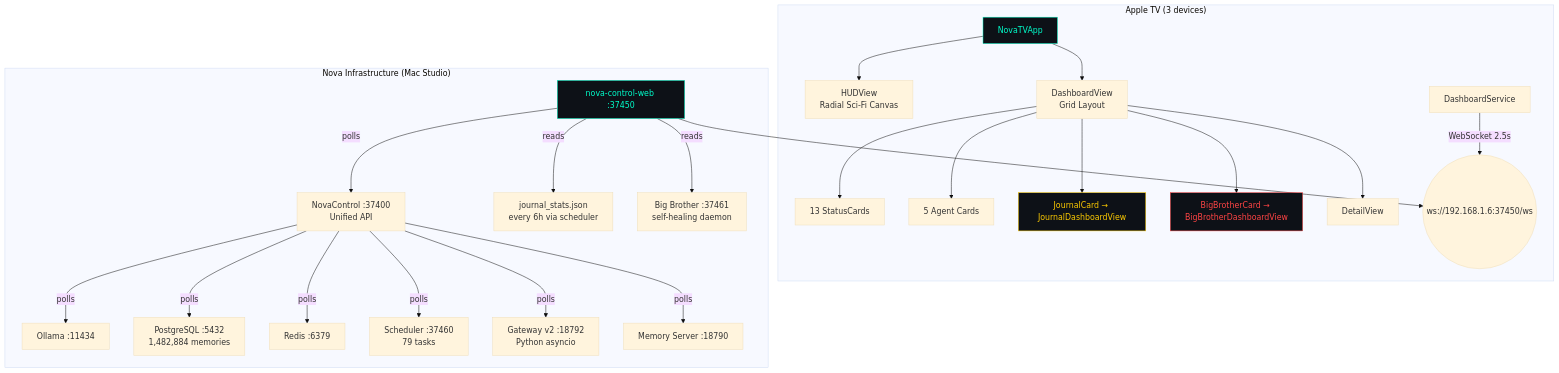
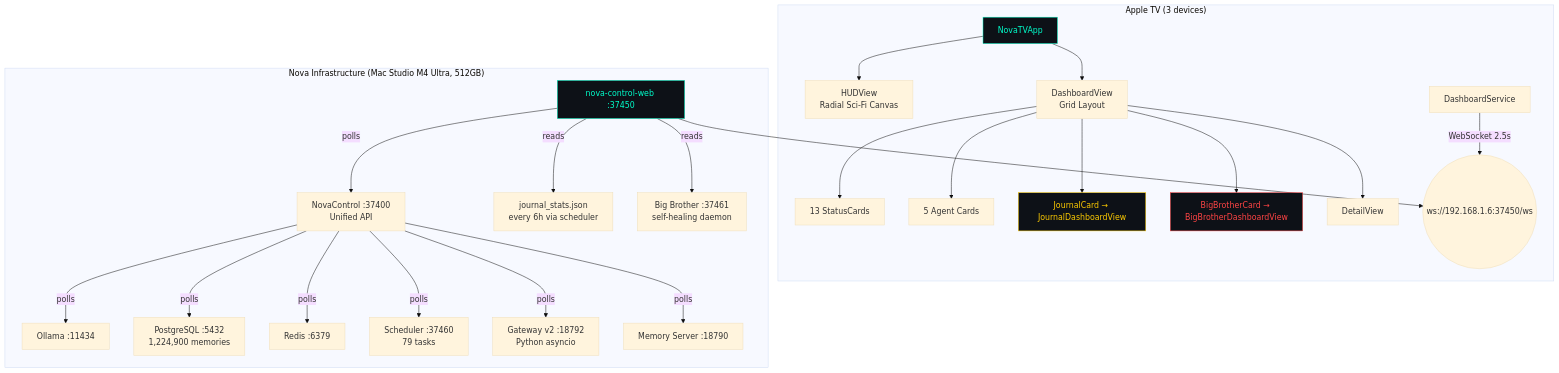
Before and after one commit to kochj23/NovaTV: the first of 3 diagrams in README.md, drawn with Mermaid (base theme). The commit also changed other lines of this file, not shown here.

````diff
--- a/README.md
+++ b/README.md
@@ -18,33 +18,33 @@
 ```mermaid
 graph TD
     subgraph AppleTV["Apple TV (3 devices)"]
         App[NovaTVApp] --> HUD[HUDView\nRadial Sci-Fi Canvas]
         App --> Dashboard[DashboardView\nGrid Layout]
         Dashboard --> Cards[13 StatusCards]
         Dashboard --> Agents[5 Agent Cards]
         Dashboard --> JCard[JournalCard → JournalDashboardView]
         Dashboard --> BBCard[BigBrotherCard → BigBrotherDashboardView]
         Dashboard --> Detail[DetailView]
         DS[DashboardService] -->|WebSocket 2.5s| WS
     end
 
     WS((ws://192.168.1.6:37450/ws))
 
-    subgraph Nova["Nova Infrastructure (Mac Studio)"]
+    subgraph Nova["Nova Infrastructure (Mac Studio M4 Ultra, 512GB)"]
         NCW[nova-control-web :37450] --> WS
         NCW -->|polls| NC[NovaControl :37400\nUnified API]
         NCW -->|reads| JS[journal_stats.json\nevery 6h via scheduler]
         NCW -->|reads| BB[Big Brother :37461\nself-healing daemon]
         NC -->|polls| Ollama[Ollama :11434]
-        NC -->|polls| PG[PostgreSQL :5432\n1,482,884 memories]
+        NC -->|polls| PG[PostgreSQL :5432\n1,224,900 memories]
         NC -->|polls| Redis[Redis :6379]
         NC -->|polls| Sched[Scheduler :37460\n79 tasks]
         NC -->|polls| GW[Gateway v2 :18792\nPython asyncio]
         NC -->|polls| Mem[Memory Server :18790]
     end
 
     style App fill:#0d1117,stroke:#00ffcc,color:#00ffcc
     style NCW fill:#0d1117,stroke:#00ffcc,color:#00ffcc
     style JCard fill:#0d1117,stroke:#ffcc00,color:#ffcc00
     style BBCard fill:#0d1117,stroke:#ff4444,color:#ff4444
 ```
````
